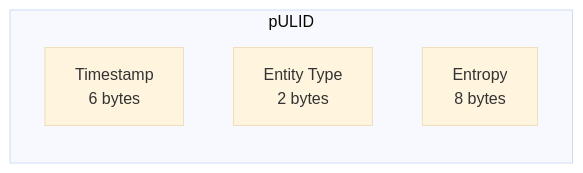
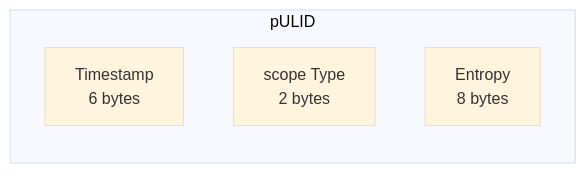
One commit to Pixie-sh/ulid-go changed the diagram in README.md. Above: the diagram before and after it, drawn with Mermaid (base theme). The commit also changed other lines of this file and 4 other files, not shown here.

````diff
--- a/README.md
+++ b/README.md
@@ -21,8 +23,8 @@
 ```mermaid
 flowchart LR
     subgraph pULID
         A[Timestamp<br/>6 bytes] 
-        B[Entity Type<br/>2 bytes] 
+        B[scope Type<br/>2 bytes] 
         C[Entropy<br/>8 bytes]
     end
 ```
````
